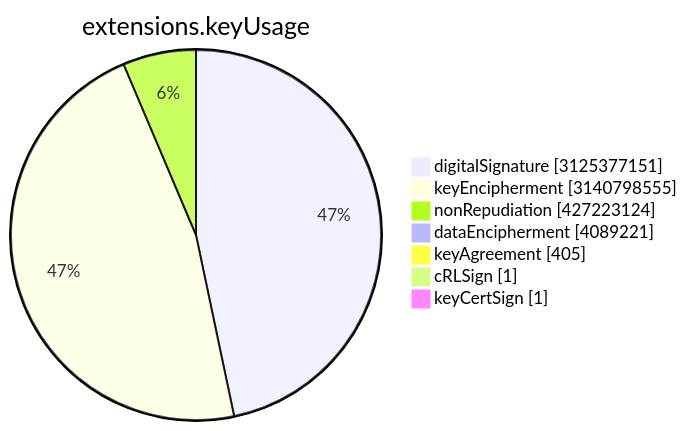
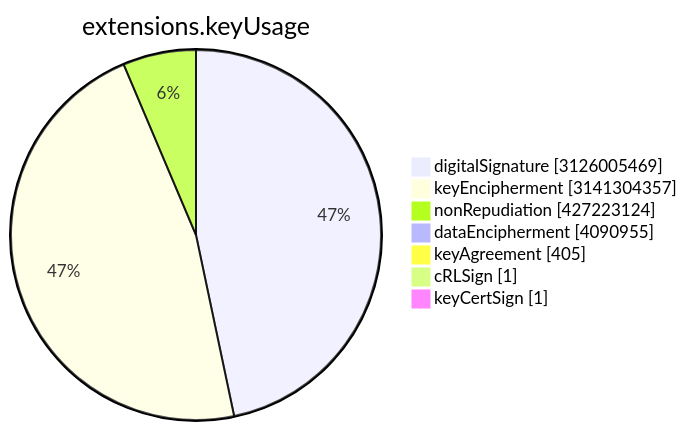
One commit to christiankrug/ctmonitor_visualization changed the sixth of 15 diagrams in TOTAL/README.md. Above: the diagram before and after it, drawn with Mermaid. The commit also changed other lines of this file, not shown here.

````diff
--- a/TOTAL/README.md
+++ b/TOTAL/README.md
@@ -3077,11 +3077,11 @@
 ```mermaid
 pie showData
 title extensions.keyUsage
-"digitalSignature" :3125377151
-"keyEncipherment" :3140798555
+"digitalSignature" :3126005469
+"keyEncipherment" :3141304357
 "nonRepudiation" :427223124
-"dataEncipherment" :4089221
+"dataEncipherment" :4090955
 "keyAgreement" :405
 "cRLSign" :1
 "keyCertSign" :1
 ```
````
